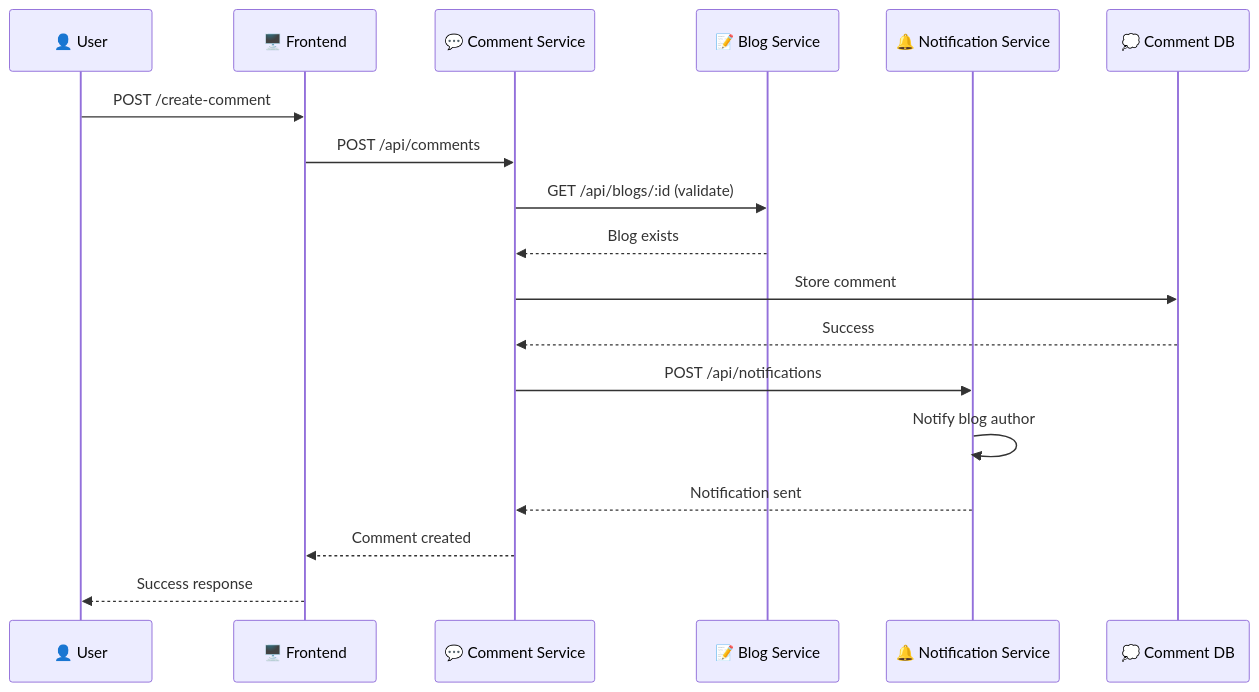
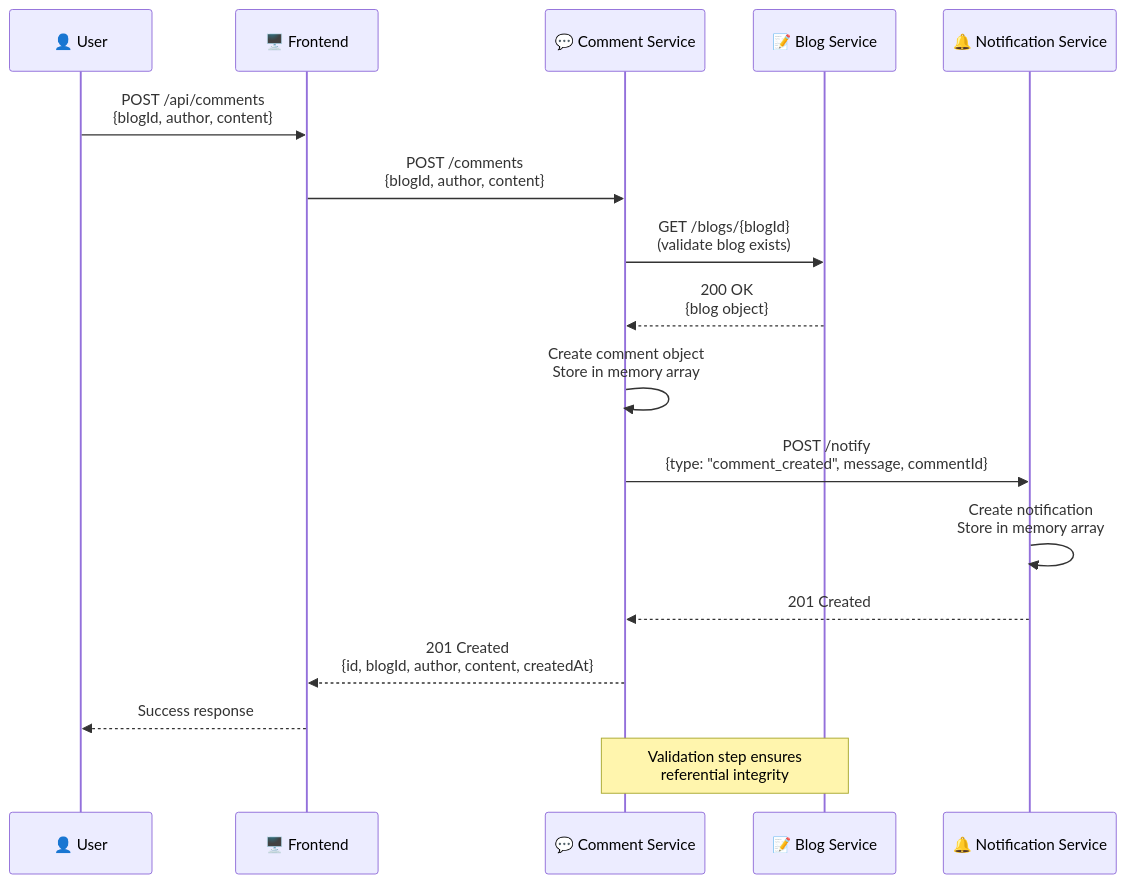
Before and after one commit to vvt911/blog-microservices: the third of 9 diagrams in docs/architecture-diagrams.md, drawn with Mermaid. The commit also changed other lines of this file and 2 other files, not shown here.

````diff
--- a/docs/architecture-diagrams.md
+++ b/docs/architecture-diagrams.md
@@ -132,21 +123,21 @@
 ```mermaid
 sequenceDiagram
     participant U as 👤 User
     participant F as 🖥️ Frontend
     participant C as 💬 Comment Service
     participant B as 📝 Blog Service
     participant N as 🔔 Notification Service
-    participant CDB as 💭 Comment DB
     
-    U->>F: POST /create-comment
-    F->>C: POST /api/comments
-    C->>B: GET /api/blogs/:id (validate)
-    B-->>C: Blog exists
-    C->>CDB: Store comment
-    CDB-->>C: Success
-    C->>N: POST /api/notifications
-    N->>N: Notify blog author
-    N-->>C: Notification sent
-    C-->>F: Comment created
+    U->>F: POST /api/comments<br/>{blogId, author, content}
+    F->>C: POST /comments<br/>{blogId, author, content}
+    C->>B: GET /blogs/{blogId}<br/>(validate blog exists)
+    B-->>C: 200 OK<br/>{blog object}
+    C->>C: Create comment object<br/>Store in memory array
+    C->>N: POST /notify<br/>{type: "comment_created", message, commentId}
+    N->>N: Create notification<br/>Store in memory array
+    N-->>C: 201 Created
+    C-->>F: 201 Created<br/>{id, blogId, author, content, createdAt}
     F-->>U: Success response
+    
+    Note over C,B: Validation step ensures<br/>referential integrity
 ```
````
